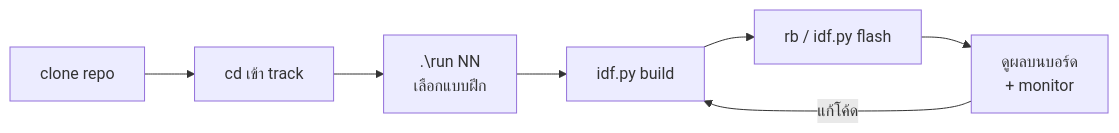
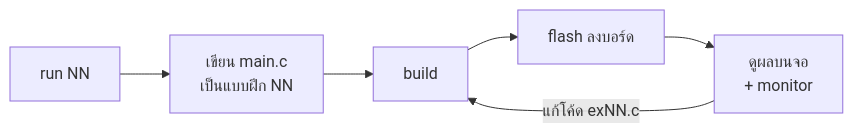
One commit to Taopoon/kmutt-nd69-learning-notes changed the diagram in nd1/04-onsite-firmware-workshop.md. Above: the diagram before and after it, drawn with Mermaid. The commit also changed other lines of this file, not shown here.

````diff
--- a/nd1/04-onsite-firmware-workshop.md
+++ b/nd1/04-onsite-firmware-workshop.md
@@ -27,9 +106,8 @@
 ```mermaid
 flowchart LR
-    A[clone repo] --> B[cd เข้า track]
-    B --> C[.\run NN<br/>เลือกแบบฝึก]
-    C --> D[idf.py build]
-    D --> E[rb / idf.py flash]
-    E --> F[ดูผลบนบอร์ด<br/>+ monitor]
-    F -->|แก้โค้ด| D
+    A[run NN] --> B[เขียน main.c<br/>เป็นแบบฝึก NN]
+    B --> C[build]
+    C --> D[flash ลงบอร์ด]
+    D --> E[ดูผลบนจอ<br/>+ monitor]
+    E -->|แก้โค้ด exNN.c| C
 ```
````
